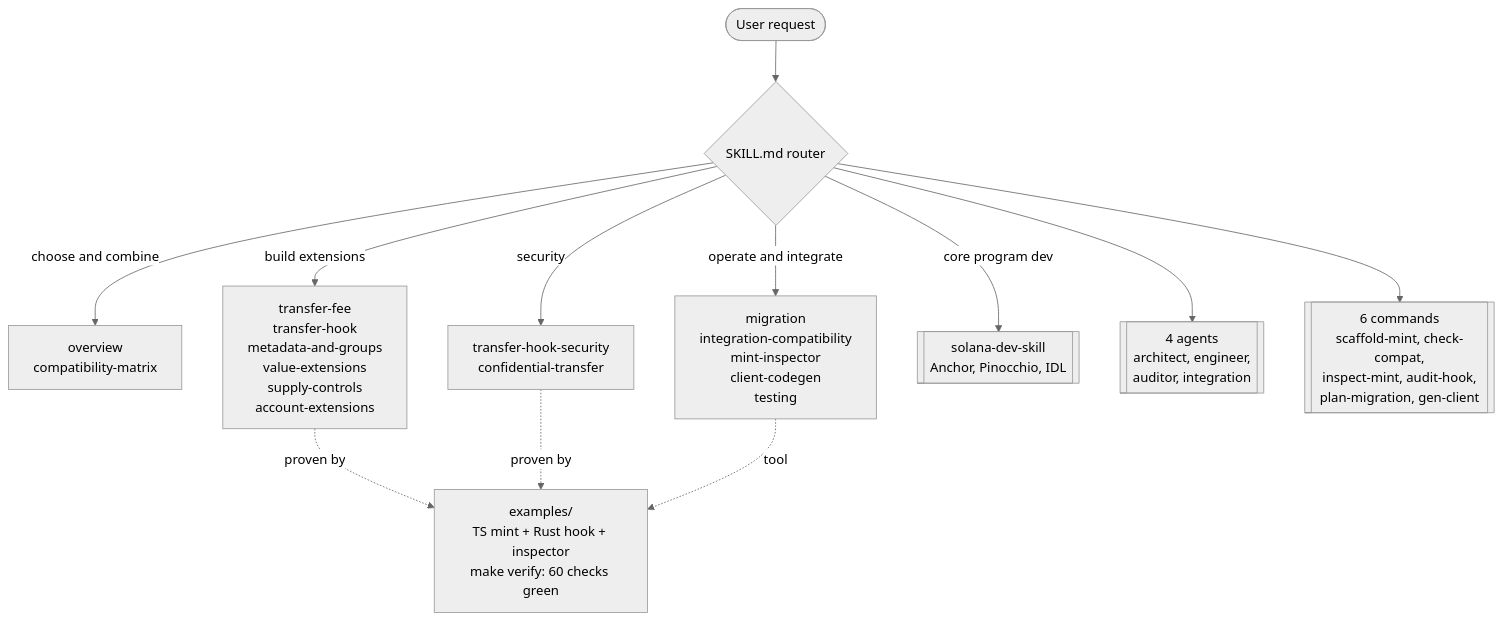
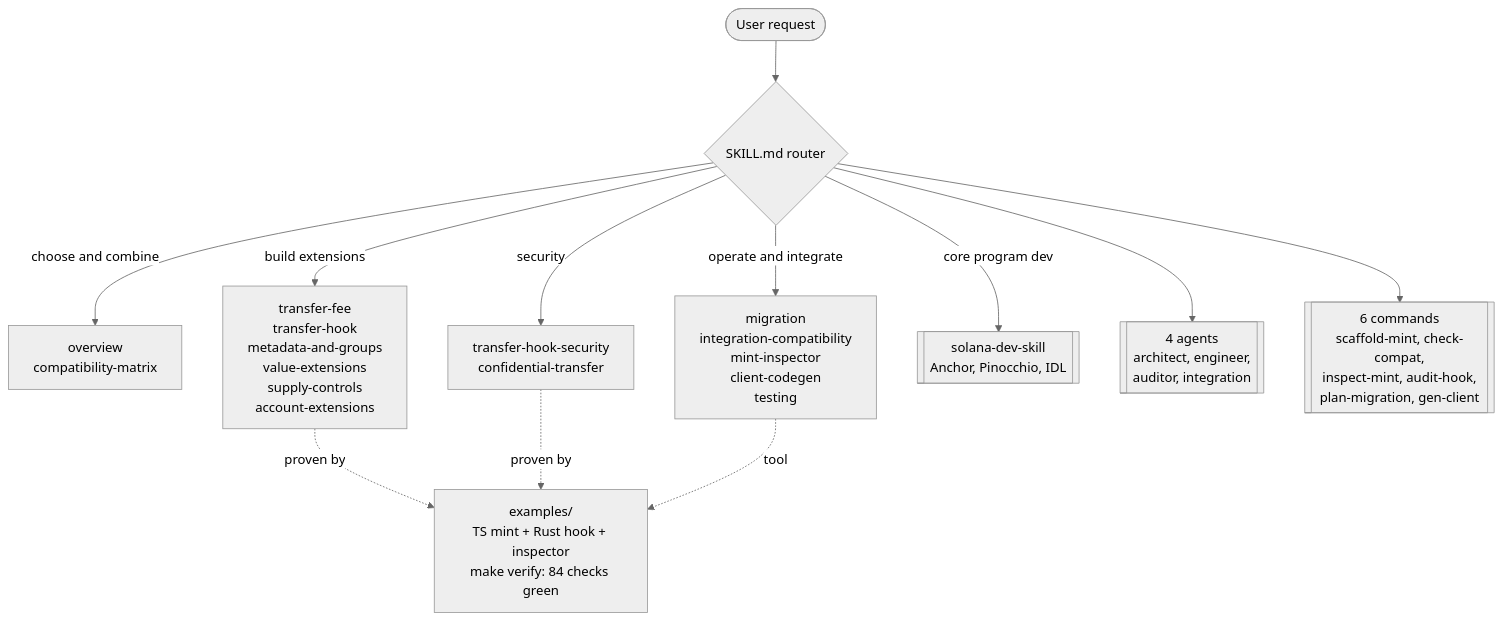
The diagram in README.md (Andy00L/solana-token-extensions-skill), drawn with Mermaid (neutral theme) before and after one commit. The commit also changed other lines of this file and 19 other files, not shown here.

Commit message:
Add inspect_many batch tool and renounce-to-remediate projection; harden hook tests to 22 (84 checks)

````diff
--- a/README.md
+++ b/README.md
@@ -21,14 +21,14 @@
 ```mermaid
 flowchart TD
     U([User request]) --> R{SKILL.md router}
     R -->|choose and combine| C["overview<br/>compatibility-matrix"]
     R -->|build extensions| B["transfer-fee<br/>transfer-hook<br/>metadata-and-groups<br/>value-extensions<br/>supply-controls<br/>account-extensions"]
     R -->|operate and integrate| O["migration<br/>integration-compatibility<br/>mint-inspector<br/>client-codegen<br/>testing"]
     R -->|security| S["transfer-hook-security<br/>confidential-transfer"]
     R -->|core program dev| CORE[["solana-dev-skill<br/>Anchor, Pinocchio, IDL"]]
     R --> AG[["4 agents<br/>architect, engineer,<br/>auditor, integration"]]
     R --> CMD[["6 commands<br/>scaffold-mint, check-compat,<br/>inspect-mint, audit-hook,<br/>plan-migration, gen-client"]]
-    B -.proven by.-> EX["examples/<br/>TS mint + Rust hook + inspector<br/>make verify: 60 checks green"]
+    B -.proven by.-> EX["examples/<br/>TS mint + Rust hook + inspector<br/>make verify: 84 checks green"]
     S -.proven by.-> EX
     O -.tool.-> EX
 ```
````
